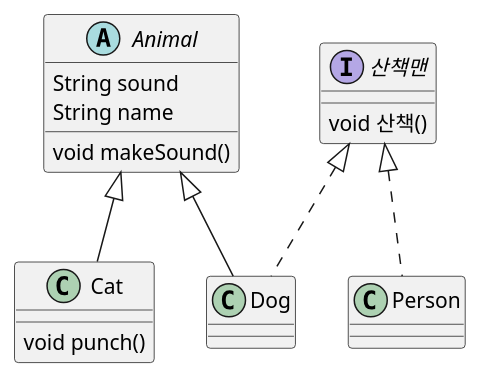
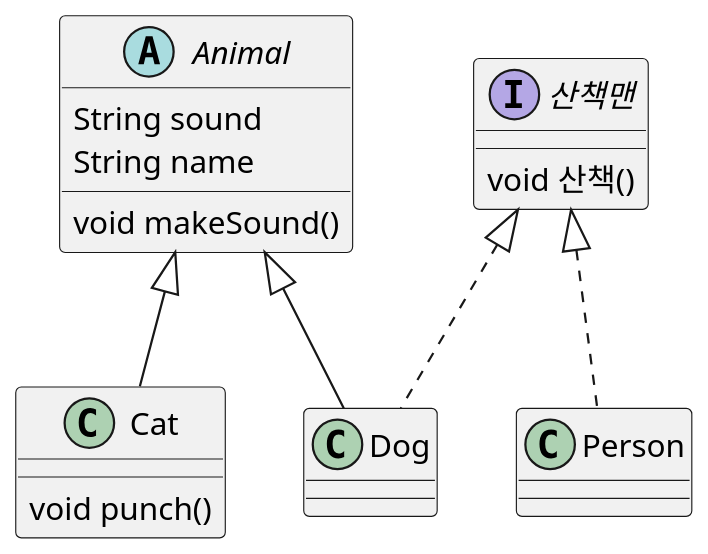
One commit to orm-camp-flutter-2ki/learn_dart_together changed the diagram in lib/240313/animal.puml. Above: the diagram before and after it, drawn with PlantUML. The commit also changed 2 other files, not shown here.

```diff
--- a/lib/240313/animal.puml
+++ b/lib/240313/animal.puml
@@ -1,25 +1,30 @@
 @startuml
+
+scale 1.5
 
 abstract class Animal {
     String sound
     String name
 
     void makeSound()
 }
 
 class Dog extends Animal implements 산책맨 {
 }
 
+'extends 상속
 class Cat extends Animal {
     void punch()
 }
 
+'implements 구현
 class Person implements 산책맨 {
 
 }
 
+'abstract interface class
 interface 산책맨 {
     void 산책()
 }
 
 @enduml
```
